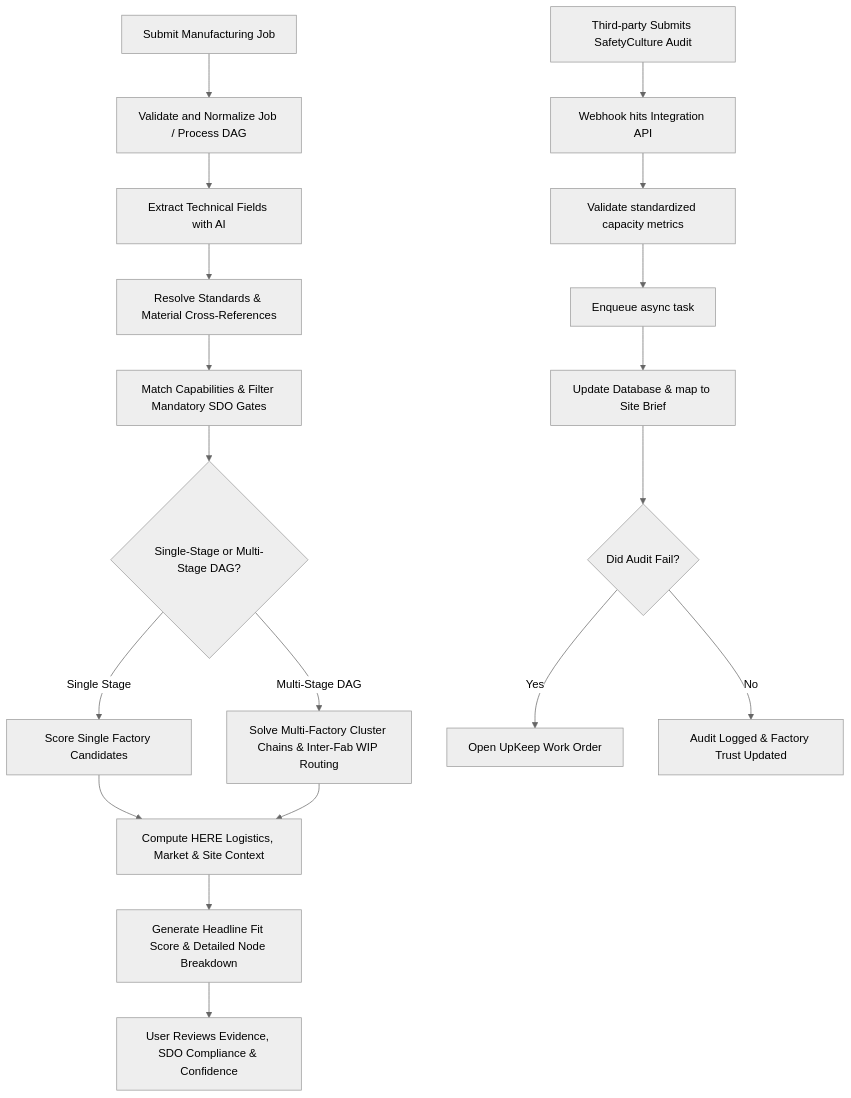
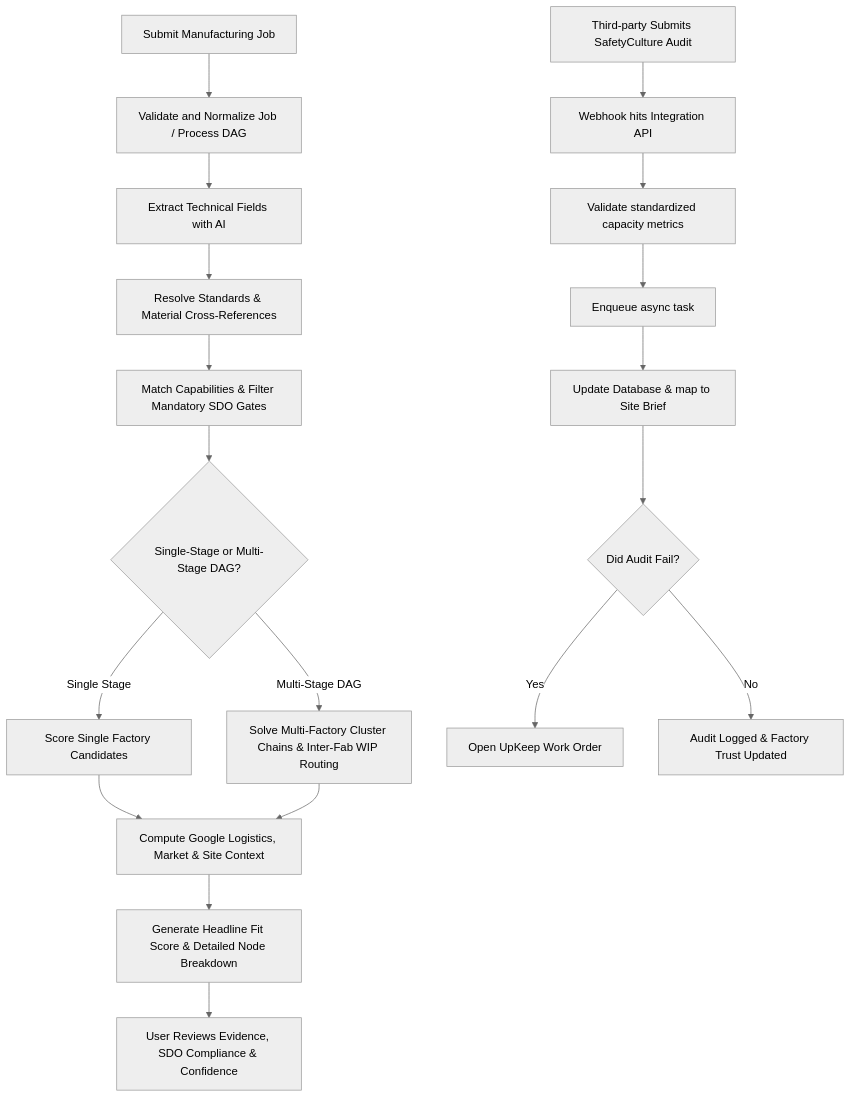
The second of 2 diagrams in docs/DFN_SERVICE_MAP.md (npc-chris/dfn-discovery), drawn with Mermaid (neutral theme) before and after one commit. The commit also changed other lines of this file and 6 other files, not shown here.

Commit message:
docs: update architectural and planning docs for Google services and multi-stage routing

````diff
--- a/docs/DFN_SERVICE_MAP.md
+++ b/docs/DFN_SERVICE_MAP.md
@@ -110,22 +110,22 @@
 ```mermaid
 flowchart TB
  A[Submit Manufacturing Job] --> B[Validate and Normalize Job / Process DAG]
  B --> C[Extract Technical Fields with AI]
  C --> D[Resolve Standards & Material Cross-References]
  D --> E[Match Capabilities & Filter Mandatory SDO Gates]
  E --> F{Single-Stage or Multi-Stage DAG?}
  F -- Single Stage --> G[Score Single Factory Candidates]
  F -- Multi-Stage DAG --> H[Solve Multi-Factory Cluster Chains & Inter-Fab WIP Routing]
- G --> I[Compute HERE Logistics, Market & Site Context]
+ G --> I[Compute Google Logistics, Market & Site Context]
  H --> I
  I --> J[Generate Headline Fit Score & Detailed Node Breakdown]
  J --> K[User Reviews Evidence, SDO Compliance & Confidence]
  
  L[Third-party Submits SafetyCulture Audit] --> M[Webhook hits Integration API]
  M --> N[Validate standardized capacity metrics]
  N --> O[Enqueue async task]
  O --> P[Update Database & map to Site Brief]
  P --> Q{Did Audit Fail?}
  Q -- Yes --> R[Open UpKeep Work Order]
  Q -- No --> S[Audit Logged & Factory Trust Updated]
 ```
````
